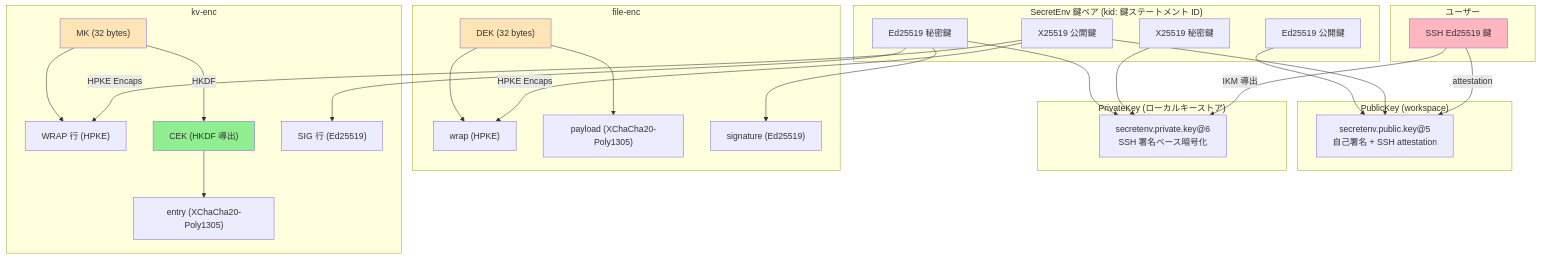
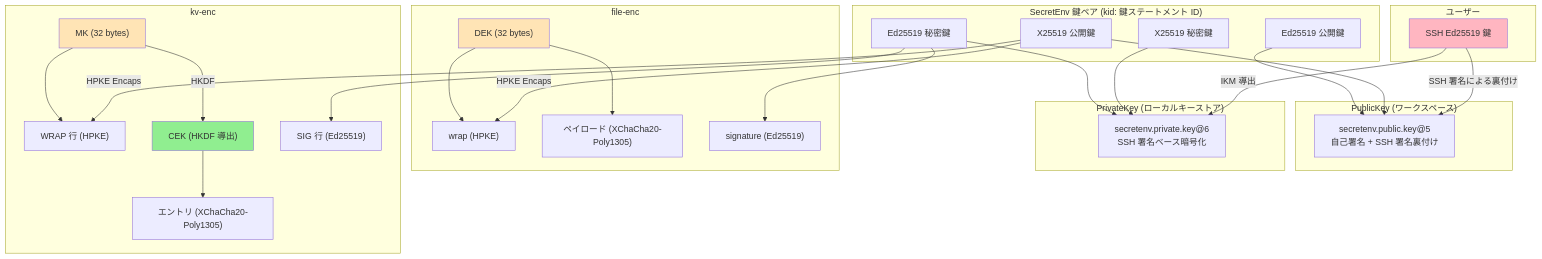
The sixth of 6 diagrams in guides/security_design_ja.md (ebisawa/kapsaro), drawn with Mermaid before and after one commit. The commit also changed other lines of this file and 121 other files, not shown here.

````diff
--- a/guides/security_design_ja.md
+++ b/guides/security_design_ja.md
@@ -1595,59 +1604,59 @@
 ```mermaid
 graph TB
     subgraph user["ユーザー"]
         SSH["SSH Ed25519 鍵"]
     end
 
     subgraph secretenv_keys["SecretEnv 鍵ペア (kid: 鍵ステートメント ID)"]
         KEM_PK["X25519 公開鍵"]
         KEM_SK["X25519 秘密鍵"]
         SIG_PK["Ed25519 公開鍵"]
         SIG_SK["Ed25519 秘密鍵"]
     end
 
-    subgraph public_key["PublicKey (workspace)"]
-        PK_DOC["secretenv.public.key@5<br/>自己署名 + SSH attestation"]
+    subgraph public_key["PublicKey (ワークスペース)"]
+        PK_DOC["secretenv.public.key@5<br/>自己署名 + SSH 署名裏付け"]
     end
 
     subgraph private_key["PrivateKey (ローカルキーストア)"]
         PK_ENC["secretenv.private.key@6<br/>SSH 署名ベース暗号化"]
     end
 
     subgraph file_enc["file-enc"]
         DEK["DEK (32 bytes)"]
         FILE_WRAP["wrap (HPKE)"]
-        FILE_PAYLOAD["payload (XChaCha20-Poly1305)"]
+        FILE_PAYLOAD["ペイロード (XChaCha20-Poly1305)"]
         FILE_SIG["signature (Ed25519)"]
     end
 
     subgraph kv_enc["kv-enc"]
         MK["MK (32 bytes)"]
         KV_WRAP["WRAP 行 (HPKE)"]
         CEK["CEK (HKDF 導出)"]
-        ENTRY["entry (XChaCha20-Poly1305)"]
+        ENTRY["エントリ (XChaCha20-Poly1305)"]
         KV_SIG["SIG 行 (Ed25519)"]
     end
 
-    SSH -->|attestation| PK_DOC
+    SSH -->|SSH 署名による裏付け| PK_DOC
     SSH -->|IKM 導出| PK_ENC
     KEM_PK --> PK_DOC
     SIG_PK --> PK_DOC
     KEM_SK --> PK_ENC
     SIG_SK --> PK_ENC
 
     KEM_PK -->|HPKE Encaps| FILE_WRAP
     KEM_PK -->|HPKE Encaps| KV_WRAP
     DEK --> FILE_WRAP
     DEK --> FILE_PAYLOAD
     SIG_SK --> FILE_SIG
 
     MK --> KV_WRAP
     MK -->|HKDF| CEK
     CEK --> ENTRY
     SIG_SK --> KV_SIG
 
     style SSH fill:#FFB6C1
     style DEK fill:#FFE4B5
     style MK fill:#FFE4B5
     style CEK fill:#90EE90
 ```
````
